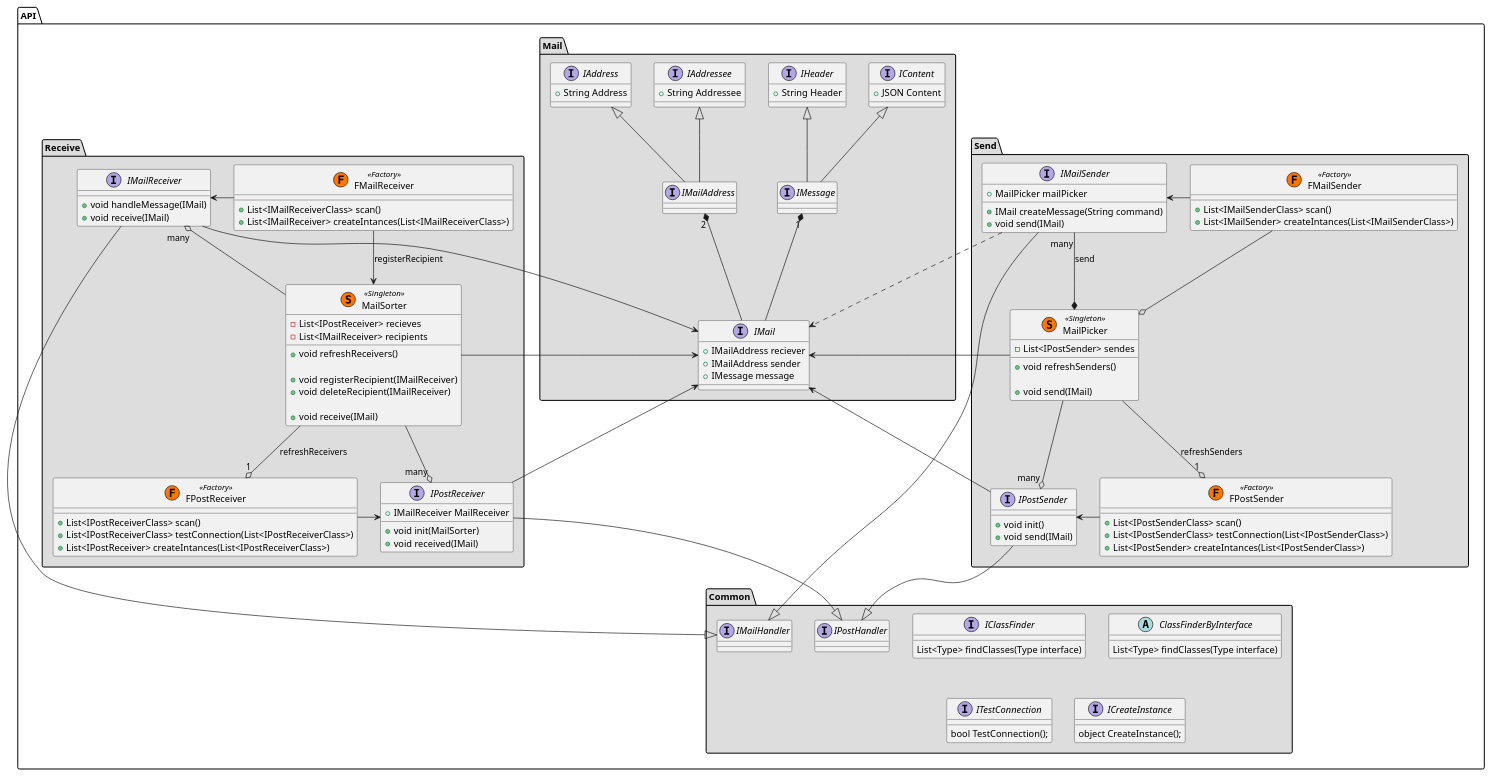
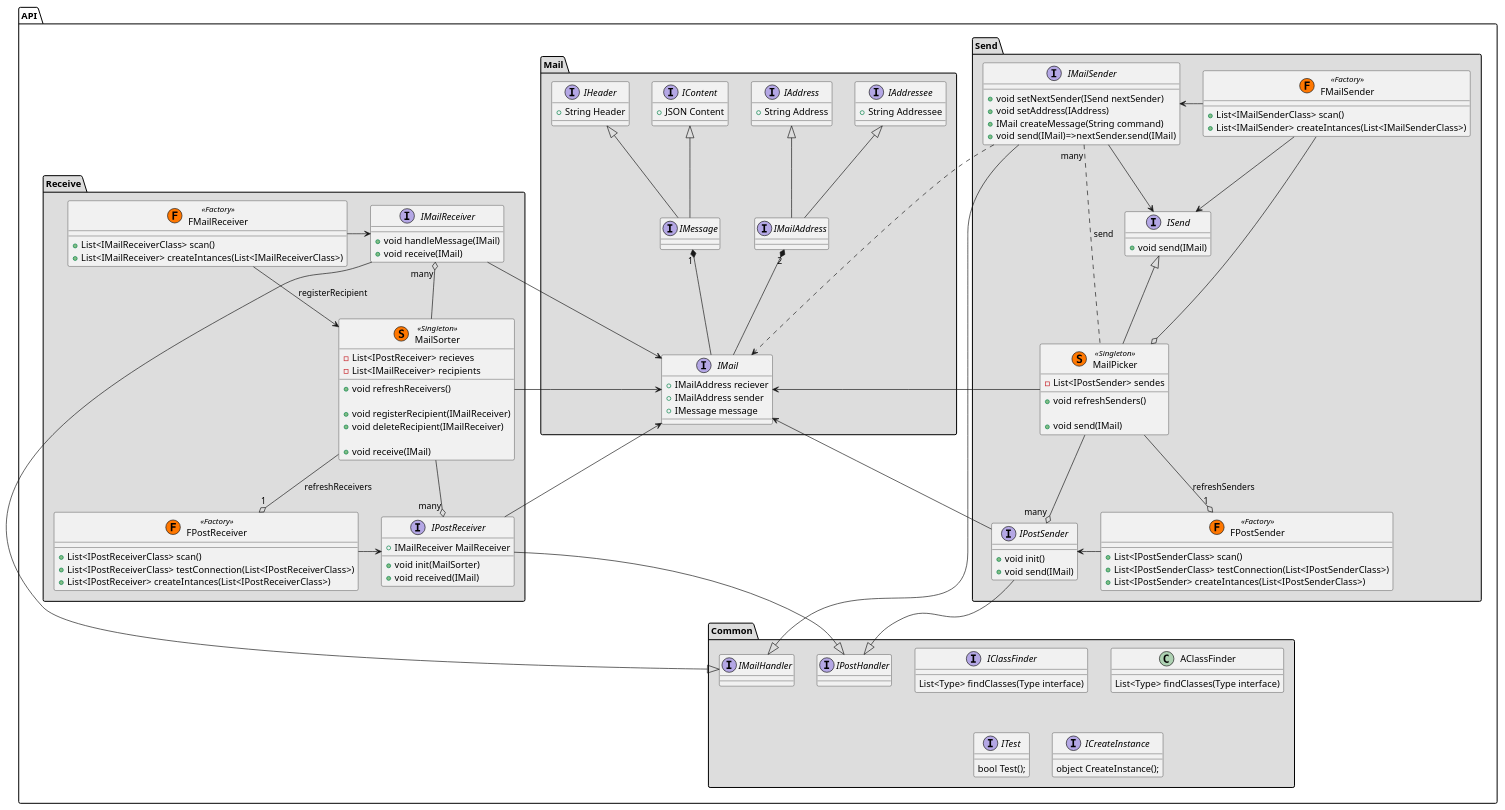
One commit to soersoft/soerbot changed the diagram in src/API/01.Diagram/API.Core.Diagram.puml. Above: the diagram before and after it, drawn with PlantUML.

Commit message:
Diagram => API.Send added DI to IMailSender:  - purpose: take out Concrete Singleton class from interface  - added void setNextSender(ISend nextSender)    - instead property MailPicker mailPicker  - using example:    - void send(IMail)         =>nextSender.send(IMail);  - added IAddress setter

```diff
--- a/src/API/01.Diagram/API.Core.Diagram.puml
+++ b/src/API/01.Diagram/API.Core.Diagram.puml
@@ -1,169 +1,177 @@
 @startuml
 scale 1
 ' skinparam classAttributeIconSize 0
 
 namespace API.Mail #DDDDDD {
     IMailAddress "2" *-- IMail
     IMessage "1" *-- IMail
 
     IContent <|-- IMessage
     IHeader <|-- IMessage
     IAddressee <|-- IMailAddress
     IAddress <|-- IMailAddress
 
     interface IAddress
     {
         + String Address 
     }
     interface IAddressee
     {
         + String Addressee
     } 
 
     interface IMailAddress
     {
     }
 
     interface IHeader
     {
         + String Header 
     }
     interface IContent
     {
         + JSON Content
     }
     interface IMessage
     {
     }
     interface IMail
     {
         + IMailAddress reciever
         + IMailAddress sender
         + IMessage message
     }
 }
 
 namespace API.Send #DDDDDD {
+    interface ISend
+    {
+        + void send(IMail)
+    }
     interface IMailSender
     {
-        + MailPicker mailPicker
+        + void setNextSender(ISend nextSender)
+        + void setAddress(IAddress)
         + IMail createMessage(String command)
-        + void send(IMail)
+        + void send(IMail)=>nextSender.send(IMail)
     }
     class MailPicker << (S,#FF7700) Singleton >>
     {
         - List<IPostSender> sendes
         + void refreshSenders()
 
         + void send(IMail)
     }
     interface IPostSender
     {
         + void init()
         + void send(IMail)
     }
     class FMailSender << (F,#FF7700) Factory >>
     {
         + List<IMailSenderClass> scan()
         + List<IMailSender> createIntances(List<IMailSenderClass>)
     }
     class FPostSender << (F,#FF7700) Factory >>
     {
         + List<IPostSenderClass> scan()
         + List<IPostSenderClass> testConnection(List<IPostSenderClass>)
         + List<IPostSender> createIntances(List<IPostSenderClass>)
     }
+    IMailSender --> ISend
+    ISend <|-- MailPicker
     FMailSender --o MailPicker
+    FMailSender --> ISend
     FMailSender -> IMailSender
     IMailSender ..> API.Mail.IMail
-    IMailSender "many" --* MailPicker :send
+    IMailSender "many" .. MailPicker :send
     MailPicker --> API.Mail.IMail
     MailPicker --o "1" FPostSender :refreshSenders
     MailPicker --o "many" IPostSender
     API.Mail.IMail <-- IPostSender
     IPostSender <- FPostSender
 }
 
 
 namespace API.Receive #DDDDDD {
     interface IMailReceiver
     {
         + void handleMessage(IMail)
         + void receive(IMail)
     }
     class MailSorter << (S,#FF7700) Singleton >>
     {
         - List<IPostReceiver> recieves
         - List<IMailReceiver> recipients
         + void refreshReceivers()
  
         + void registerRecipient(IMailReceiver)
         + void deleteRecipient(IMailReceiver)
 
        + void receive(IMail)
     }
     interface IPostReceiver
     {
         + IMailReceiver MailReceiver
         + void init(MailSorter)
         + void received(IMail)
     }
     class FMailReceiver << (F,#FF7700) Factory >>
     {
         + List<IMailReceiverClass> scan()
         + List<IMailReceiver> createIntances(List<IMailReceiverClass>)
     }
     class FPostReceiver << (F,#FF7700) Factory >>
     {
         + List<IPostReceiverClass> scan()
         + List<IPostReceiverClass> testConnection(List<IPostReceiverClass>)
         + List<IPostReceiver> createIntances(List<IPostReceiverClass>)
     }
     FMailReceiver --> MailSorter : registerRecipient
     IMailReceiver <- FMailReceiver
     IMailReceiver --> API.Mail.IMail
     IMailReceiver "many" o-- MailSorter
     MailSorter --> API.Mail.IMail
     MailSorter --o "1" FPostReceiver : refreshReceivers
     MailSorter --o "many" IPostReceiver
     API.Mail.IMail <-- IPostReceiver
     IPostReceiver <- FPostReceiver
 }
 
 namespace API.Common #DDDDDD {
     interface IClassFinder
     {
         List<Type> findClasses(Type interface)
     }
-    abstract class ClassFinderByInterface
+    class AClassFinder
     {
         List<Type> findClasses(Type interface)
     }
-    interface ITestConnection
+    interface ITest
     {
-        bool TestConnection();
+        bool Test();
     }
     interface ICreateInstance
     {
         object CreateInstance();
     }
     interface IMailHandler
     {
     }
     IMailHandler <|-- IMailReceiver
     IMailHandler <|-- IMailSender
     interface IPostHandler
     {
     }
     IPostReceiver --|> IPostHandler
     IPostSender  --|> IPostHandler
 
 }
 
 
 
 
 
 
 
 @enduml
```
